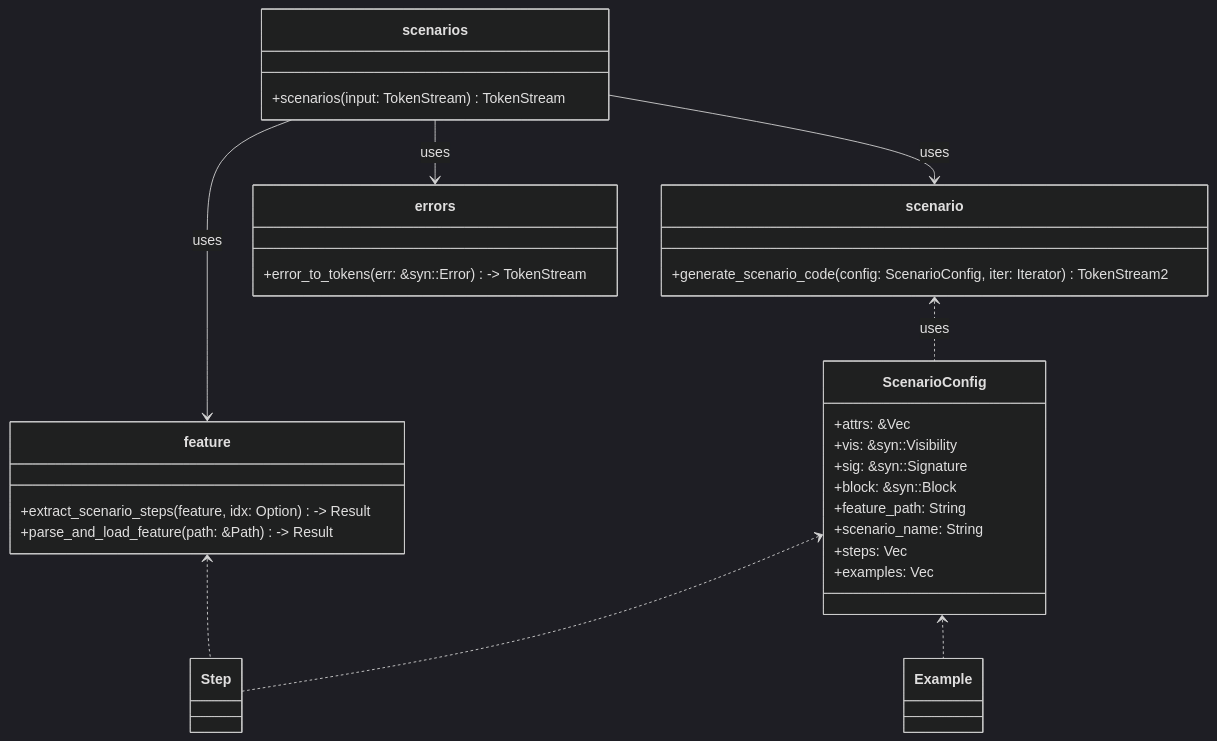
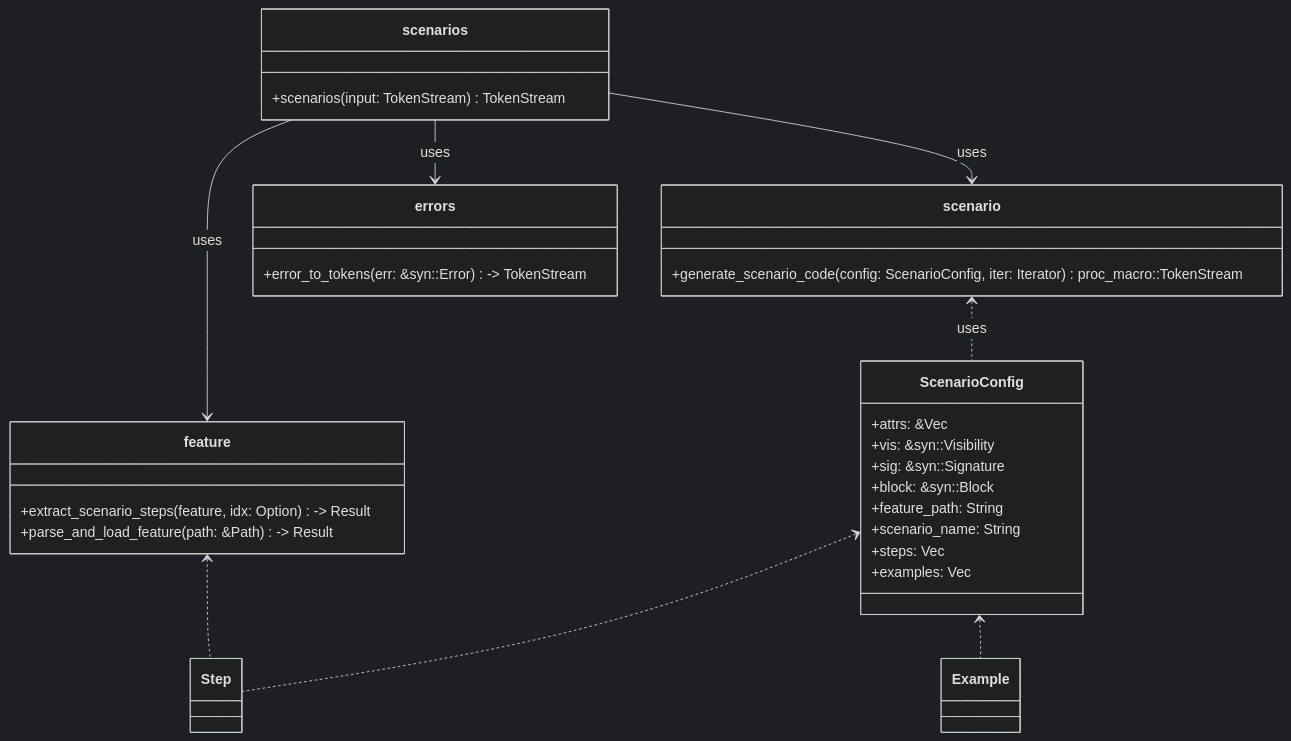
The third of 6 diagrams in docs/rstest-bdd-design.md (leynos/rstest-bdd), drawn with Mermaid (dark theme) before and after one commit.

Commit message:
docs: fix generate_scenario_code return type

````diff
--- a/docs/rstest-bdd-design.md
+++ b/docs/rstest-bdd-design.md
@@ -836,33 +836,33 @@
   ```mermaid
   classDiagram
       class scenarios {
           +scenarios(input: TokenStream) TokenStream
       }
       class ScenarioConfig {
           +attrs: &Vec<syn::Attribute>
           +vis: &syn::Visibility
           +sig: &syn::Signature
           +block: &syn::Block
           +feature_path: String
           +scenario_name: String
           +steps: Vec<Step>
           +examples: Vec<Example>
       }
       class scenario {
-          +generate_scenario_code(config: ScenarioConfig, iter: Iterator) TokenStream2
+          +generate_scenario_code(config: ScenarioConfig, iter: Iterator) proc_macro::TokenStream
       }
       class feature {
           +extract_scenario_steps(feature, idx: Option<usize>) -> Result<Data, Error>
           +parse_and_load_feature(path: &Path) -> Result<Feature, Error>
       }
       class errors {
           +error_to_tokens(err: &syn::Error) -> TokenStream
       }
       scenarios --> scenario : uses
       scenarios --> feature : uses
       scenarios --> errors : uses
       scenario <.. ScenarioConfig : uses
       feature <.. Step
       ScenarioConfig <.. Step
       ScenarioConfig <.. Example
   ```
````
